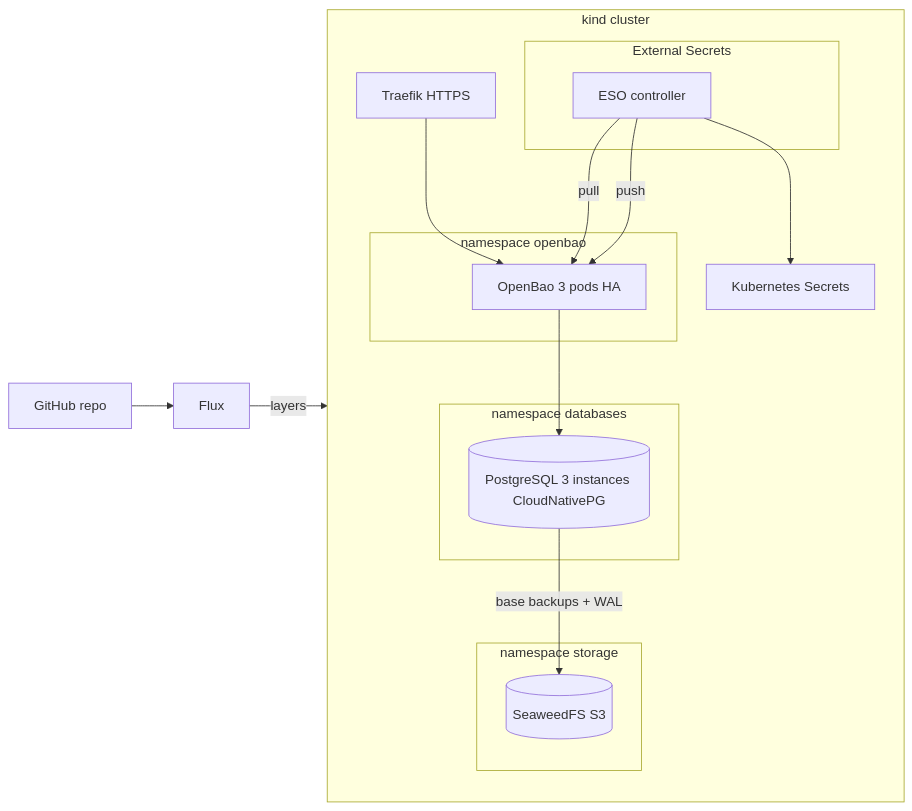
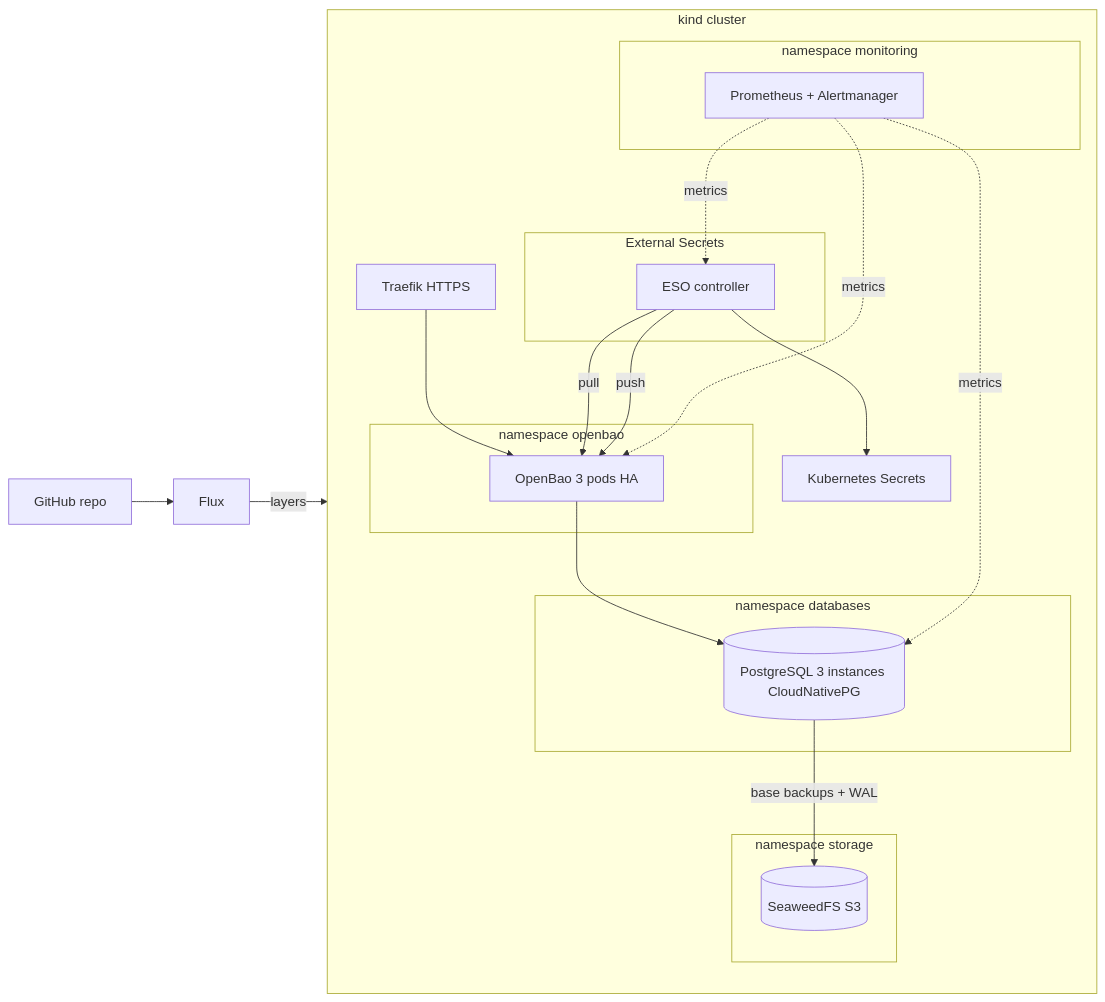
The diagram in README.md (arsalanahmedzia/openbao-platform), drawn with Mermaid before and after one commit. The commit also changed other lines of this file and 1 other file, not shown here.

Commit message:
README: monitoring in overview, diagram, production table and quick start

````diff
--- a/README.md
+++ b/README.md
@@ -18,27 +21,33 @@
 ```mermaid
 flowchart LR
   git[GitHub repo] --> flux[Flux]
   flux -->|layers| cluster
 
   subgraph cluster[kind cluster]
     traefik[Traefik HTTPS] --> bao
     subgraph openbao[namespace openbao]
       bao[OpenBao 3 pods HA]
     end
     subgraph databases[namespace databases]
       pg[(PostgreSQL 3 instances CloudNativePG)]
     end
     subgraph storage[namespace storage]
       s3[(SeaweedFS S3)]
     end
     subgraph eso[External Secrets]
       esoctl[ESO controller]
     end
+    subgraph monitoring[namespace monitoring]
+      prom[Prometheus + Alertmanager]
+    end
     k8s[Kubernetes Secrets]
     bao --> pg
     pg -->|base backups + WAL| s3
     esoctl -->|pull| bao
     esoctl -->|push| bao
     esoctl --> k8s
+    prom -.->|metrics| bao
+    prom -.->|metrics| pg
+    prom -.->|metrics| esoctl
   end
 ```
````
